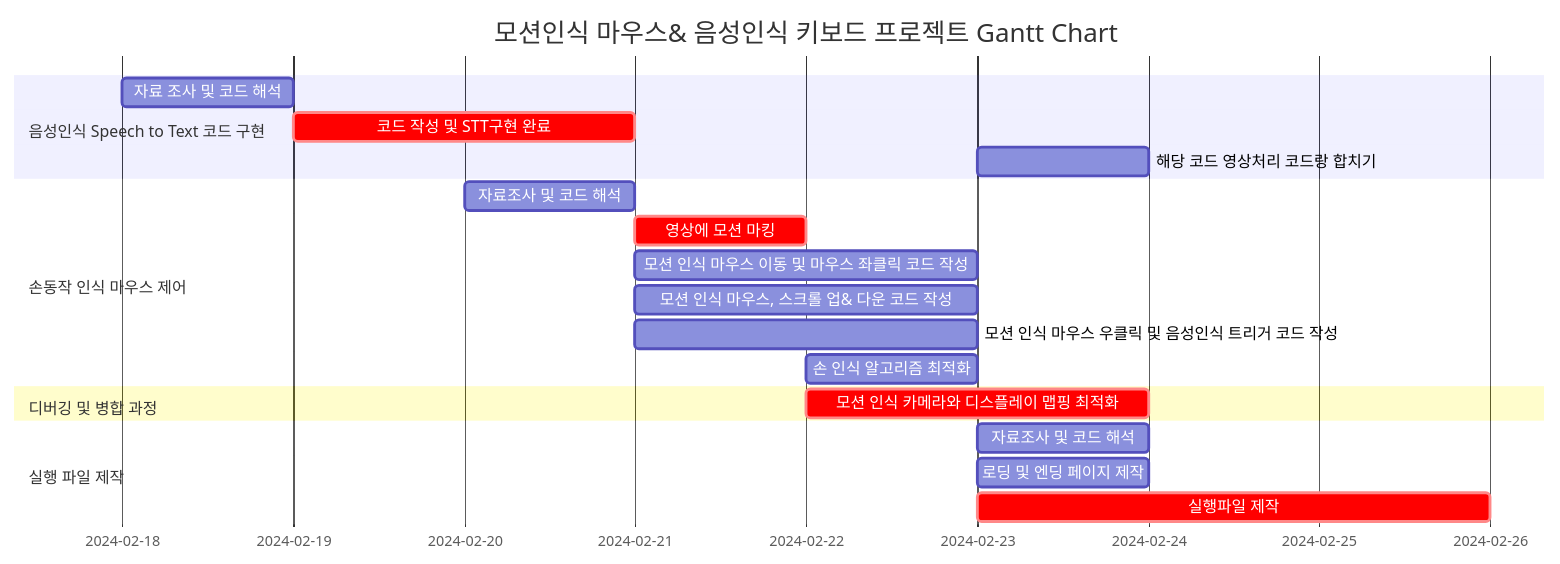
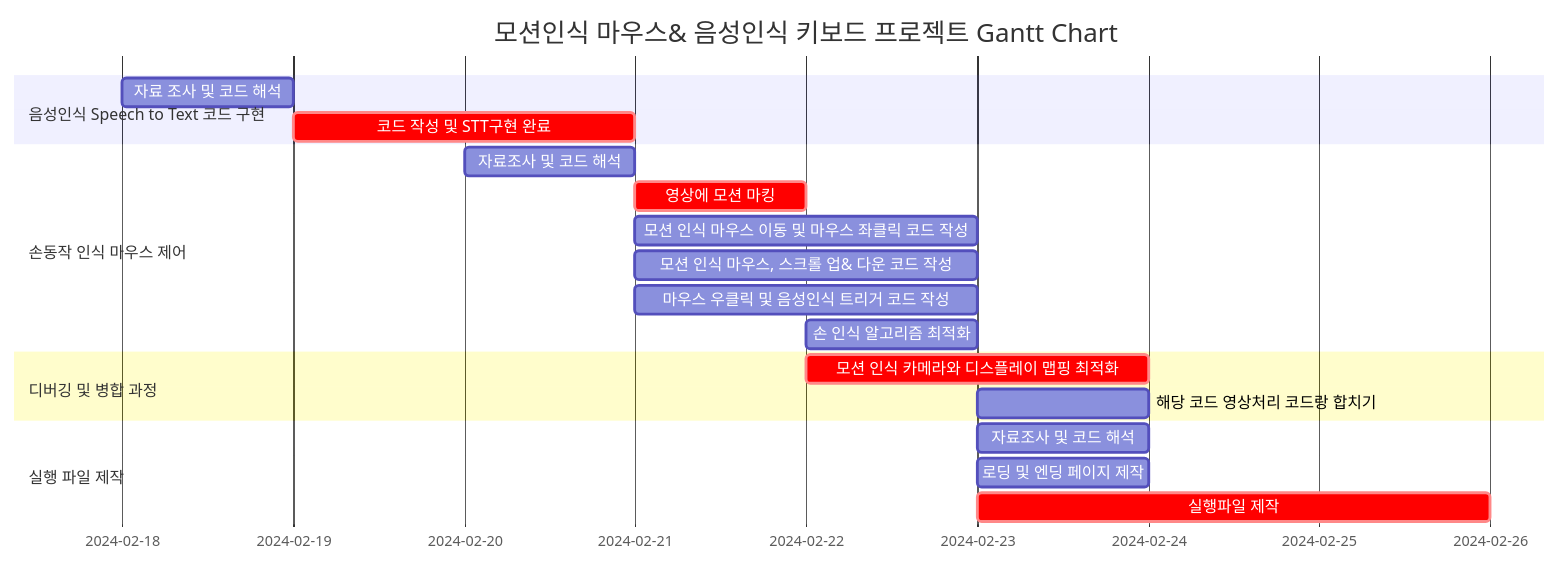
Before and after one commit to CodeMystero/motionKeyboardMouse: the diagram in README.md, drawn with Mermaid.

````diff
--- a/README.md
+++ b/README.md
@@ -59,26 +59,26 @@
 ```mermaid
 gantt
     dateFormat  MM-DD-YYYY
     title       모션인식 마우스& 음성인식 키보드 프로젝트 Gantt Chart
 	
 	section 음성인식 Speech to Text 코드 구현
 		자료 조사 및 코드 해석 :2024-02-18, 1d
                 코드 작성 및 STT구현 완료  :crit, 2024-02-19, 2d
-		해당 코드 영상처리 코드랑 합치기 :2024-02-23, 1d
 	
 	section 손동작 인식 마우스 제어
 		자료조사 및 코드 해석	: 2024-02-20, 1d
 		영상에 모션 마킹  :crit, 2024-02-21, 1d
 		모션 인식 마우스 이동 및 마우스 좌클릭 코드 작성 : 2024-02-21, 2d
 		모션 인식 마우스, 스크롤 업& 다운 코드 작성 : 2024-02-21, 2d
-		모션 인식 마우스 우클릭 및 음성인식 트리거 코드 작성  : 2024-02-21, 2d
+		마우스 우클릭 및 음성인식 트리거 코드 작성  : 2024-02-21, 2d
 		손 인식 알고리즘 최적화 : 2024-02-22, 1d
 
 	section 디버깅 및 병합 과정
 		모션 인식 카메라와 디스플레이 맵핑 최적화 : crit, 2024-02-22, 2d
+		해당 코드 영상처리 코드랑 합치기 :2024-02-23, 1d
 
 	section 실행 파일 제작
 		자료조사 및 코드 해석 : 2024-02-23, 1d
 		로딩 및 엔딩 페이지 제작 : 2024-02-23, 1d
 		실행파일 제작 : crit, 2024-02-23, 3d
 ```
````
